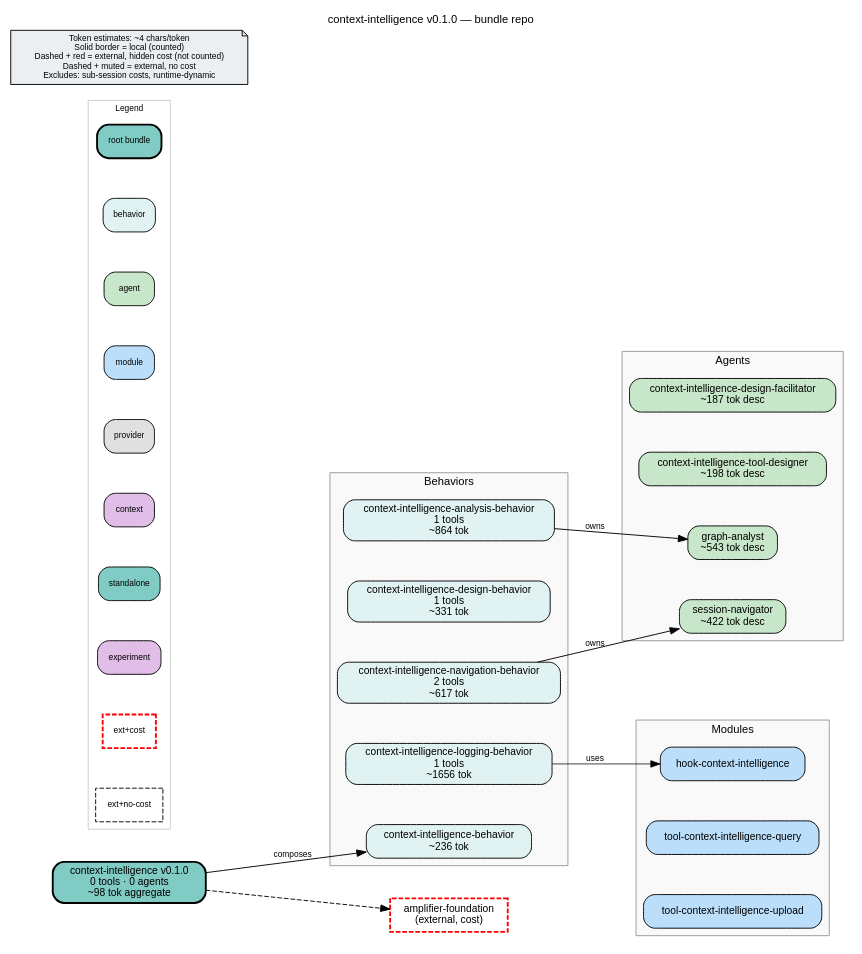
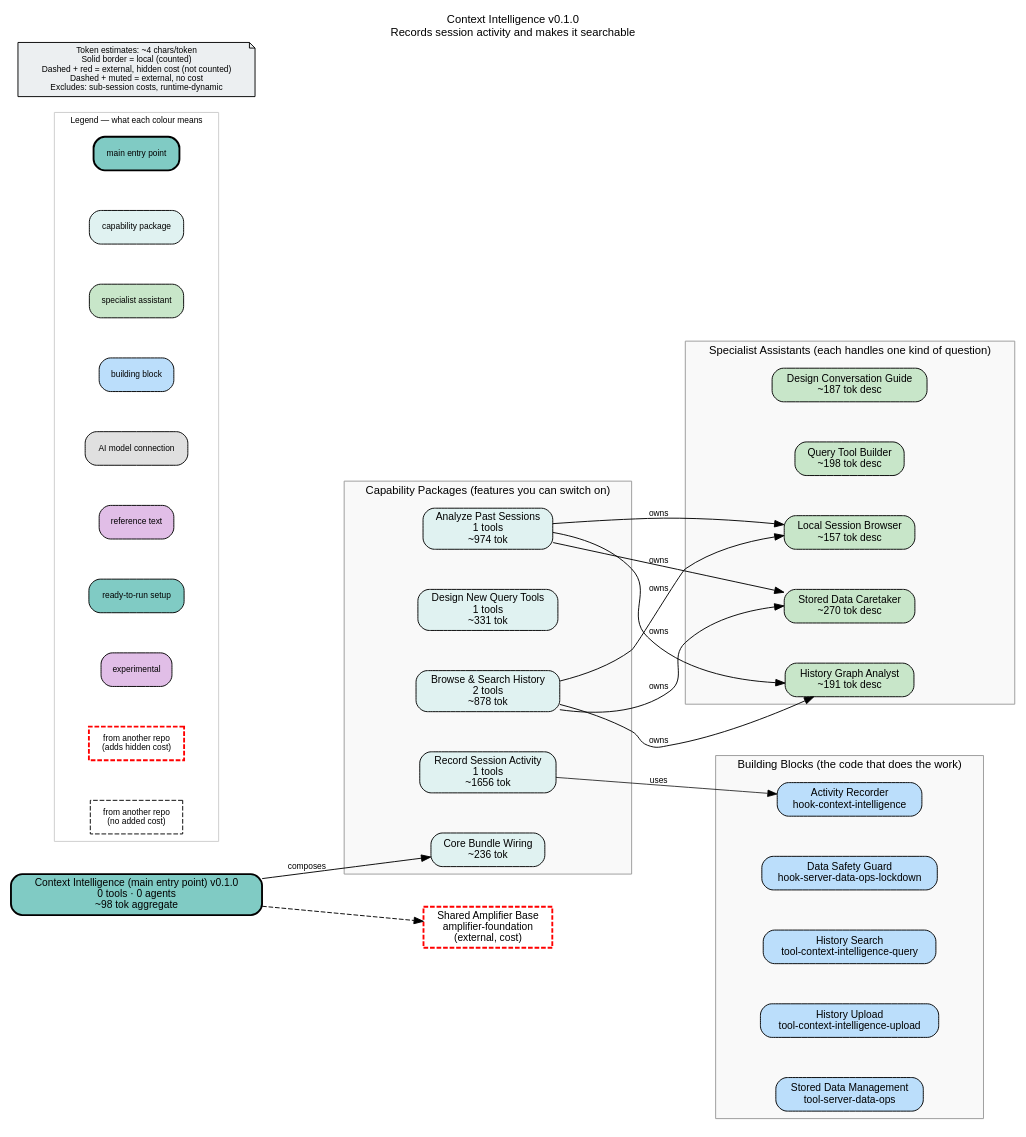
The diagram in bundle.dot (microsoft/amplifier-bundle-context-intelligence), drawn with Graphviz before and after one commit. The commit also changed 41 other files, not shown here.

First line of the commit message:
Add server-data-ops delete agent (Context Intelligence session-data deletion) (#108)

```diff
--- a/bundle.dot
+++ b/bundle.dot
@@ -1,82 +1,90 @@
+// Context Intelligence: a bundle that records what happens during Amplifier sessions and lets you query that history as a searchable graph.
 digraph context_intelligence {
     rankdir=LR
     fontname="Helvetica"
     fontsize=12
-    label="context-intelligence v0.1.0 — bundle repo"
+    label="Context Intelligence v0.1.0\nRecords session activity and makes it searchable"
     labelloc=t
     labeljust=c
     nodesep=0.6
     ranksep=0.7
     bgcolor="white"
-    source_hash="0758d63959ef34f091dbe8fc6e27bc712f154503c829bb35474423dd213c2c27"
+    source_hash="3fb54cded848d61b162e4fffa3c7445239361e2ed7d48abca8c1814a0fe49afd"
 
     node [fontname="Helvetica", fontsize=11, style="filled,rounded"]
     edge [fontname="Helvetica", fontsize=9]
 
-    root_context_intelligence [label="context-intelligence v0.1.0\n0 tools · 0 agents\n~98 tok aggregate", shape=box, fillcolor="#80cbc4", style="filled,rounded,bold", penwidth=2]
+    root_context_intelligence [label="Context Intelligence (main entry point) v0.1.0\n0 tools · 0 agents\n~98 tok aggregate", shape=box, fillcolor="#80cbc4", style="filled,rounded,bold", penwidth=2]
 
     subgraph cluster_behaviors {
-        label="Behaviors"
+        label="Capability Packages (features you can switch on)"
         style="filled"
         fillcolor="#f9f9f9"
         color="#999999"
 
-        beh_context_intelligence_analysis_behavior [label="context-intelligence-analysis-behavior\n1 tools\n~864 tok", shape=box, fillcolor="#e0f2f1", style="filled,rounded"]
-        beh_context_intelligence_design_behavior [label="context-intelligence-design-behavior\n1 tools\n~331 tok", shape=box, fillcolor="#e0f2f1", style="filled,rounded"]
-        beh_context_intelligence_logging_behavior [label="context-intelligence-logging-behavior\n1 tools\n~1656 tok", shape=box, fillcolor="#e0f2f1", style="filled,rounded"]
-        beh_context_intelligence_navigation_behavior [label="context-intelligence-navigation-behavior\n2 tools\n~617 tok", shape=box, fillcolor="#e0f2f1", style="filled,rounded"]
-        beh_context_intelligence_behavior [label="context-intelligence-behavior\n~236 tok", shape=box, fillcolor="#e0f2f1", style="filled,rounded"]
+        beh_context_intelligence_analysis_behavior [label="Analyze Past Sessions\n1 tools\n~974 tok", shape=box, fillcolor="#e0f2f1", style="filled,rounded"]
+        beh_context_intelligence_design_behavior [label="Design New Query Tools\n1 tools\n~331 tok", shape=box, fillcolor="#e0f2f1", style="filled,rounded"]
+        beh_context_intelligence_logging_behavior [label="Record Session Activity\n1 tools\n~1656 tok", shape=box, fillcolor="#e0f2f1", style="filled,rounded"]
+        beh_context_intelligence_navigation_behavior [label="Browse & Search History\n2 tools\n~878 tok", shape=box, fillcolor="#e0f2f1", style="filled,rounded"]
+        beh_context_intelligence_behavior [label="Core Bundle Wiring\n~236 tok", shape=box, fillcolor="#e0f2f1", style="filled,rounded"]
     }
 
     subgraph cluster_agents {
-        label="Agents"
+        label="Specialist Assistants (each handles one kind of question)"
         style="filled"
         fillcolor="#f9f9f9"
         color="#999999"
 
-        agt_context_intelligence_design_facilitator [label="context-intelligence-design-facilitator\n~187 tok desc", shape=box, fillcolor="#c8e6c9", style="filled,rounded"]
-        agt_context_intelligence_tool_designer [label="context-intelligence-tool-designer\n~198 tok desc", shape=box, fillcolor="#c8e6c9", style="filled,rounded"]
-        agt_graph_analyst [label="graph-analyst\n~543 tok desc", shape=box, fillcolor="#c8e6c9", style="filled,rounded"]
-        agt_session_navigator [label="session-navigator\n~422 tok desc", shape=box, fillcolor="#c8e6c9", style="filled,rounded"]
+        agt_context_intelligence_design_facilitator [label="Design Conversation Guide\n~187 tok desc", shape=box, fillcolor="#c8e6c9", style="filled,rounded"]
+        agt_context_intelligence_tool_designer [label="Query Tool Builder\n~198 tok desc", shape=box, fillcolor="#c8e6c9", style="filled,rounded"]
+        agt_graph_analyst [label="History Graph Analyst\n~191 tok desc", shape=box, fillcolor="#c8e6c9", style="filled,rounded"]
+        agt_server_data_ops [label="Stored Data Caretaker\n~270 tok desc", shape=box, fillcolor="#c8e6c9", style="filled,rounded"]
+        agt_session_navigator [label="Local Session Browser\n~157 tok desc", shape=box, fillcolor="#c8e6c9", style="filled,rounded"]
     }
 
     subgraph cluster_modules {
-        label="Modules"
+        label="Building Blocks (the code that does the work)"
         style="filled"
         fillcolor="#f9f9f9"
         color="#999999"
 
-        mod_hook_context_intelligence [label="hook-context-intelligence", shape=box, fillcolor="#bbdefb", style="filled,rounded"]
-        mod_tool_context_intelligence_query [label="tool-context-intelligence-query", shape=box, fillcolor="#bbdefb", style="filled,rounded"]
-        mod_tool_context_intelligence_upload [label="tool-context-intelligence-upload", shape=box, fillcolor="#bbdefb", style="filled,rounded"]
+        mod_hook_context_intelligence [label="Activity Recorder\nhook-context-intelligence", shape=box, fillcolor="#bbdefb", style="filled,rounded"]
+        mod_hook_server_data_ops_lockdown [label="Data Safety Guard\nhook-server-data-ops-lockdown", shape=box, fillcolor="#bbdefb", style="filled,rounded"]
+        mod_tool_context_intelligence_query [label="History Search\ntool-context-intelligence-query", shape=box, fillcolor="#bbdefb", style="filled,rounded"]
+        mod_tool_context_intelligence_upload [label="History Upload\ntool-context-intelligence-upload", shape=box, fillcolor="#bbdefb", style="filled,rounded"]
+        mod_tool_server_data_ops [label="Stored Data Management\ntool-server-data-ops", shape=box, fillcolor="#bbdefb", style="filled,rounded"]
     }
 
     subgraph cluster_legend {
-        label="Legend"
+        label="Legend — what each colour means"
         style="filled"
         fillcolor="white"
         color="#cccccc"
         fontsize=9
 
-        leg_root [label="root bundle", shape=box, fillcolor="#80cbc4", style="filled,rounded,bold", fontsize=9]
-        leg_behavior [label="behavior", shape=box, fillcolor="#e0f2f1", style="filled,rounded", fontsize=9]
-        leg_agent [label="agent", shape=box, fillcolor="#c8e6c9", style="filled,rounded", fontsize=9]
-        leg_module [label="module", shape=box, fillcolor="#bbdefb", style="filled,rounded", fontsize=9]
-        leg_provider [label="provider", shape=box, fillcolor="#e0e0e0", style="filled,rounded", fontsize=9]
-        leg_context [label="context", shape=box, fillcolor="#e1bee7", style="filled,rounded", fontsize=9]
-        leg_standalone [label="standalone", shape=box, fillcolor="#80cbc4", style="filled,rounded", fontsize=9]
-        leg_experiment [label="experiment", shape=box, fillcolor="#e1bee7", style="filled,rounded", fontsize=9]
-        leg_ext_cost [label="ext+cost", shape=box, fillcolor="#80cbc4", style="dashed", color="red", penwidth=2, fontsize=9]
-        leg_ext_muted [label="ext+no-cost", shape=box, fillcolor="#f5f5f5", style="dashed", fontsize=9]
+        leg_root [label="main entry point", shape=box, fillcolor="#80cbc4", style="filled,rounded,bold", fontsize=9]
+        leg_behavior [label="capability package", shape=box, fillcolor="#e0f2f1", style="filled,rounded", fontsize=9]
+        leg_agent [label="specialist assistant", shape=box, fillcolor="#c8e6c9", style="filled,rounded", fontsize=9]
+        leg_module [label="building block", shape=box, fillcolor="#bbdefb", style="filled,rounded", fontsize=9]
+        leg_provider [label="AI model connection", shape=box, fillcolor="#e0e0e0", style="filled,rounded", fontsize=9]
+        leg_context [label="reference text", shape=box, fillcolor="#e1bee7", style="filled,rounded", fontsize=9]
+        leg_standalone [label="ready-to-run setup", shape=box, fillcolor="#80cbc4", style="filled,rounded", fontsize=9]
+        leg_experiment [label="experimental", shape=box, fillcolor="#e1bee7", style="filled,rounded", fontsize=9]
+        leg_ext_cost [label="from another repo\n(adds hidden cost)", shape=box, fillcolor="#80cbc4", style="dashed", color="red", penwidth=2, fontsize=9]
+        leg_ext_muted [label="from another repo\n(no added cost)", shape=box, fillcolor="#f5f5f5", style="dashed", fontsize=9]
     }
 
     disclaimer [label="Token estimates: ~4 chars/token\nSolid border = local (counted)\nDashed + red = external, hidden cost (not counted)\nDashed + muted = external, no cost\nExcludes: sub-session costs, runtime-dynamic", shape=note, fillcolor="#eceff1", style="filled", fontsize=9]
 
-    ext_githttps___github_com_microsoft_amplifier_foundation_main [label="amplifier-foundation\n(external, cost)", shape=box, fillcolor="#80cbc4", style="dashed", color="red", penwidth=2]
+    ext_githttps___github_com_microsoft_amplifier_foundation_main [label="Shared Amplifier Base\namplifier-foundation\n(external, cost)", shape=box, fillcolor="#80cbc4", style="dashed", color="red", penwidth=2]
 
     root_context_intelligence -> ext_githttps___github_com_microsoft_amplifier_foundation_main [style=dashed]
     root_context_intelligence -> beh_context_intelligence_behavior [label="composes"]
     beh_context_intelligence_analysis_behavior -> agt_graph_analyst [label="owns"]
+    beh_context_intelligence_analysis_behavior -> agt_session_navigator [label="owns"]
+    beh_context_intelligence_analysis_behavior -> agt_server_data_ops [label="owns"]
     beh_context_intelligence_logging_behavior -> mod_hook_context_intelligence [label="uses", penwidth=0.8]
+    beh_context_intelligence_navigation_behavior -> agt_graph_analyst [label="owns"]
     beh_context_intelligence_navigation_behavior -> agt_session_navigator [label="owns"]
+    beh_context_intelligence_navigation_behavior -> agt_server_data_ops [label="owns"]
 }
```
